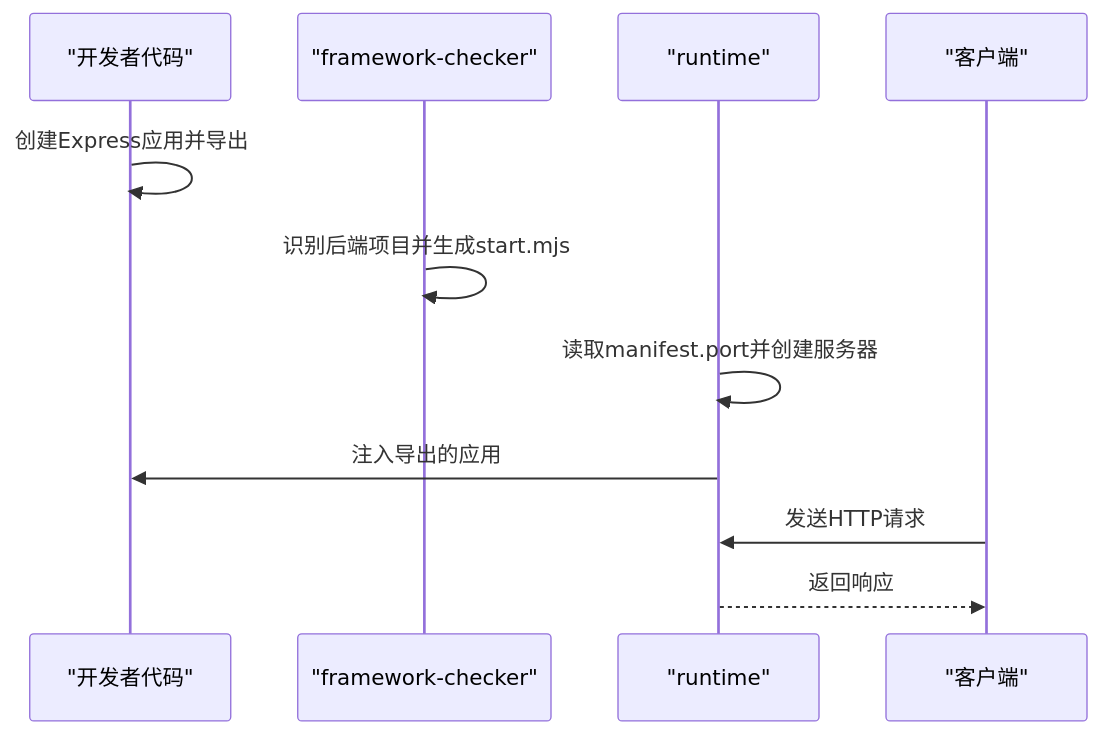
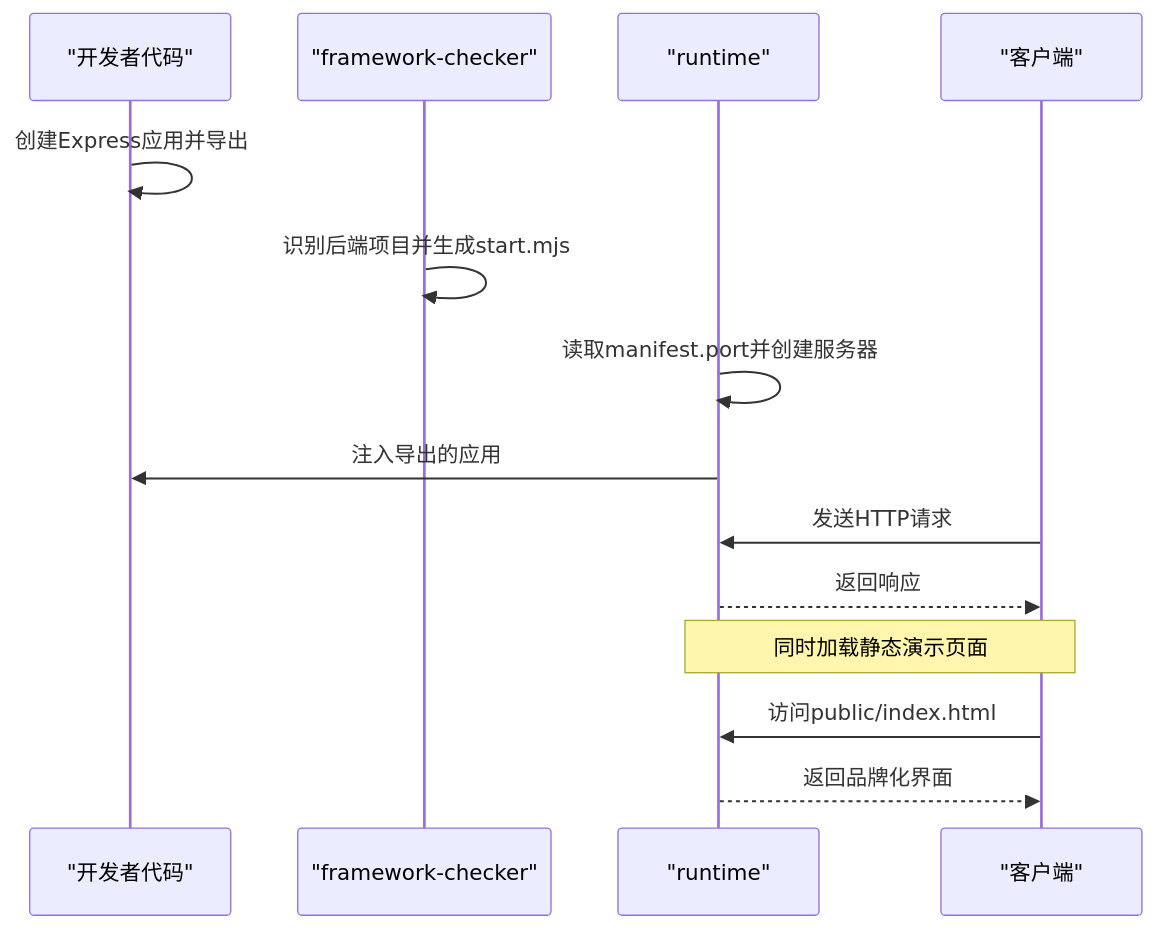
One commit to esa-sp/test-for-aone-ci changed the fourth of 12 diagrams in .qoder/repowiki/zh/content/后端框架测试/Express框架测试.md. Above: the diagram before and after it, drawn with Mermaid. The commit also changed other lines of this file and 39 other files, not shown here.

````diff
--- a/.qoder/repowiki/zh/content/后端框架测试/Express框架测试.md
+++ b/.qoder/repowiki/zh/content/后端框架测试/Express框架测试.md
@@ -245,13 +295,16 @@
 ```mermaid
 sequenceDiagram
 participant Dev as "开发者代码"
 participant FC as "framework-checker"
 participant RT as "runtime"
 participant Client as "客户端"
 Dev->>Dev : 创建Express应用并导出
 FC->>FC : 识别后端项目并生成start.mjs
 RT->>RT : 读取manifest.port并创建服务器
 RT->>Dev : 注入导出的应用
 Client->>RT : 发送HTTP请求
 RT-->>Client : 返回响应
+Note over Client,RT : 同时加载静态演示页面
+Client->>RT : 访问public/index.html
+RT-->>Client : 返回品牌化界面
 ```
````
